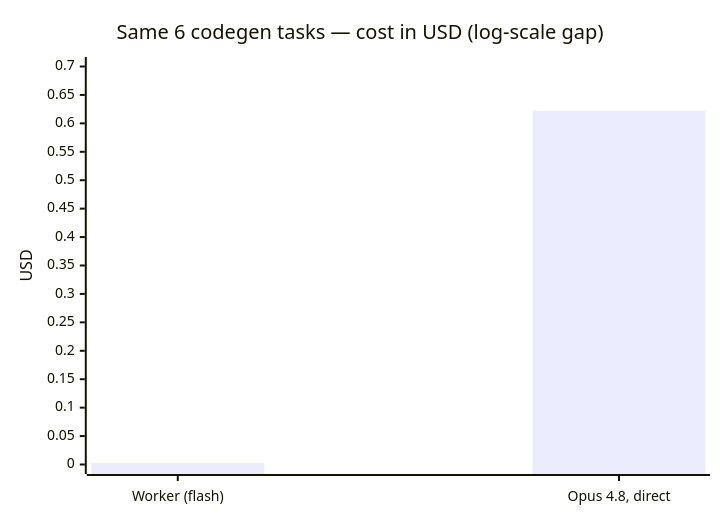
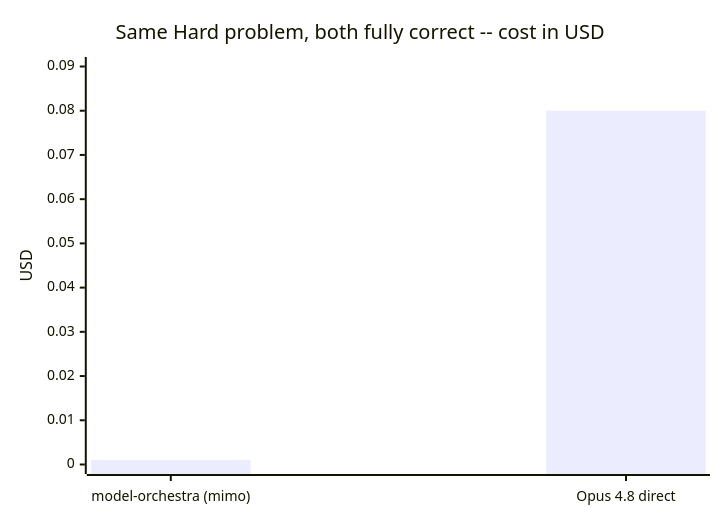
The second of 5 diagrams in README.md (saktisadhana/model-orchestra), drawn with Mermaid before and after one commit. The commit also changed other lines of this file and 26 other files, not shown here.

````diff
--- a/README.md
+++ b/README.md
@@ -34,7 +52,7 @@
 ```mermaid
 xychart-beta
-    title "Same 6 codegen tasks — cost in USD (log-scale gap)"
-    x-axis ["Worker (flash)", "Opus 4.8, direct"]
-    y-axis "USD" 0 --> 0.7
-    bar [0.0025, 0.6224]
+    title "Same Hard problem, both fully correct -- cost in USD"
+    x-axis ["model-orchestra (mimo)", "Opus 4.8 direct"]
+    y-axis "USD" 0 --> 0.09
+    bar [0.001, 0.08]
 ```
````
